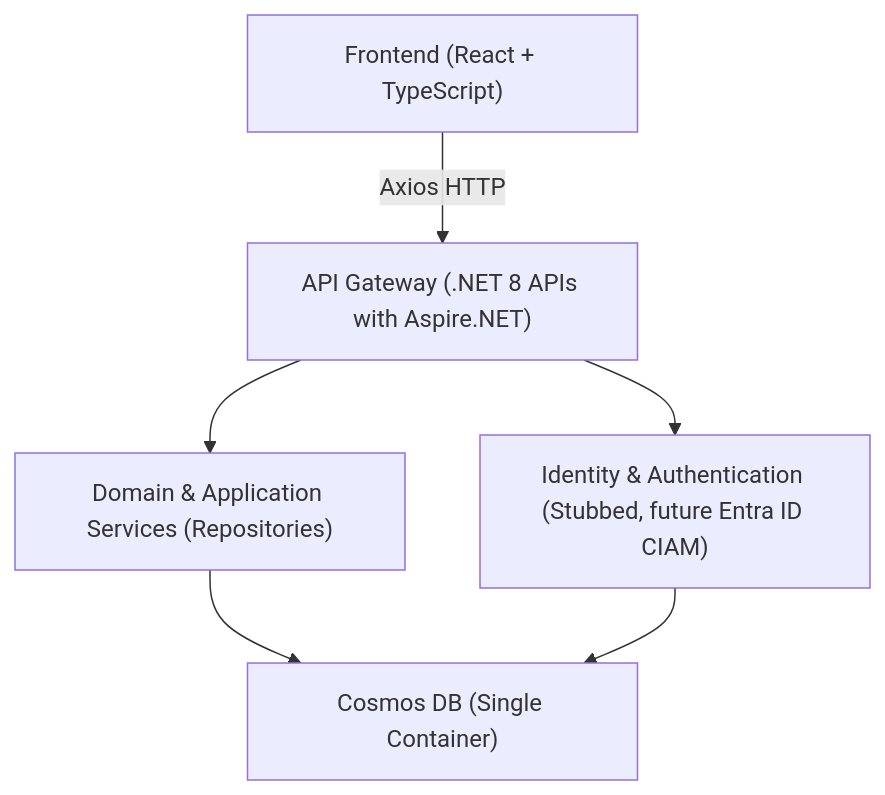
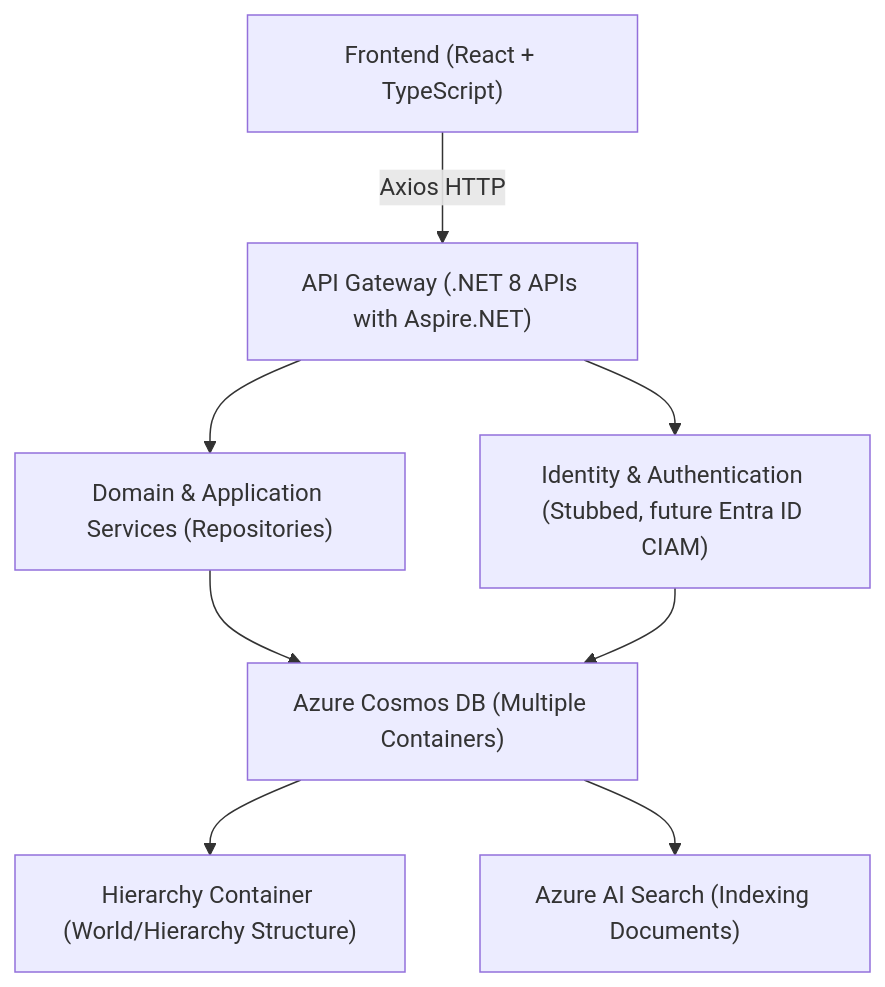
The first of 2 diagrams in DESIGN.md (PlagueHO/libris-maleficarum), drawn with Mermaid before and after one commit. The commit also changed other lines of this file, not shown here.

Commit message:
Fix typos and enhance design document clarity for Azure Cosmos DB structure and data model

````diff
--- a/DESIGN.md
+++ b/DESIGN.md
@@ -45,14 +46,18 @@
 ```mermaid
 graph TD
     Frontend["Frontend (React + TypeScript)"]
     API["API Gateway (.NET 8 APIs with Aspire.NET)"]
     DomainServices["Domain & Application Services (Repositories)"]
     Identity["Identity & Authentication (Stubbed, future Entra ID CIAM)"]
-    CosmosDB["Cosmos DB (Single Container)"]
+    CosmosDB["Azure Cosmos DB (Multiple Containers)"]
+    HierarchyContainer["Hierarchy Container (World/Hierarchy Structure)"]
+    AIIndex["Azure AI Search (Indexing Documents)"]
 
     Frontend -->|Axios HTTP| API
     API --> DomainServices
     API --> Identity
     DomainServices --> CosmosDB
+    CosmosDB --> HierarchyContainer
+    CosmosDB --> AIIndex
     Identity --> CosmosDB
 ```
````
